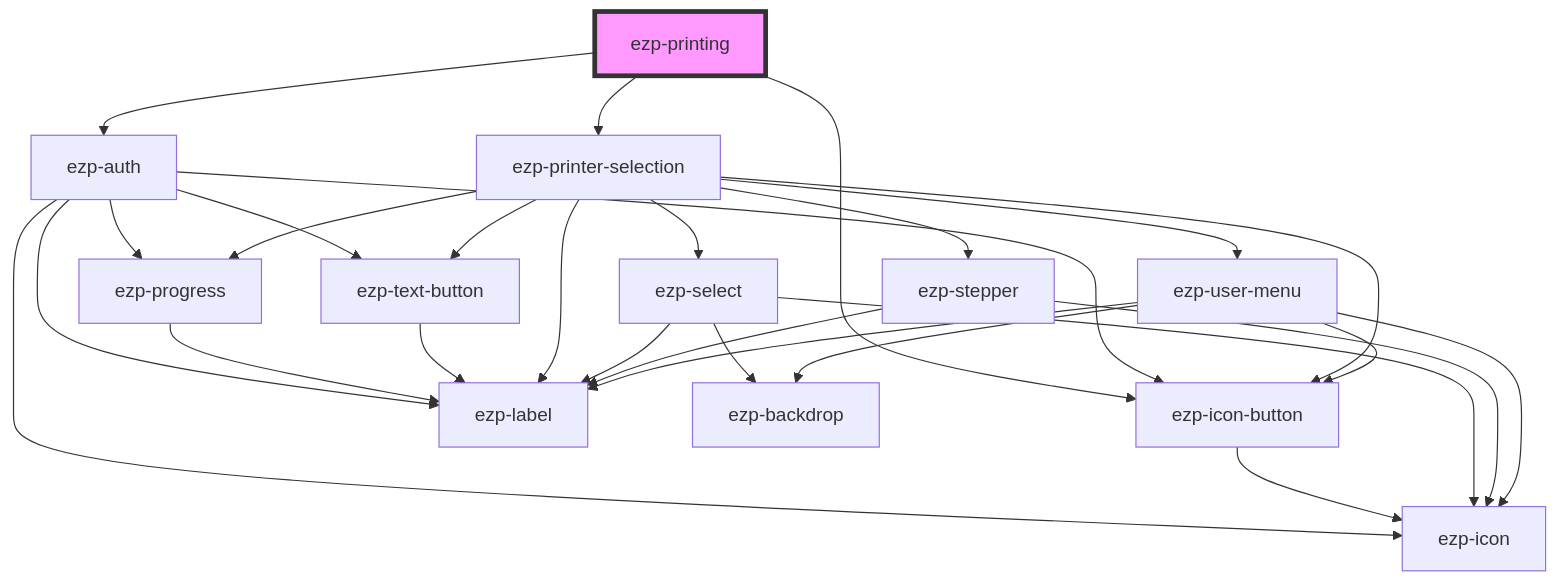
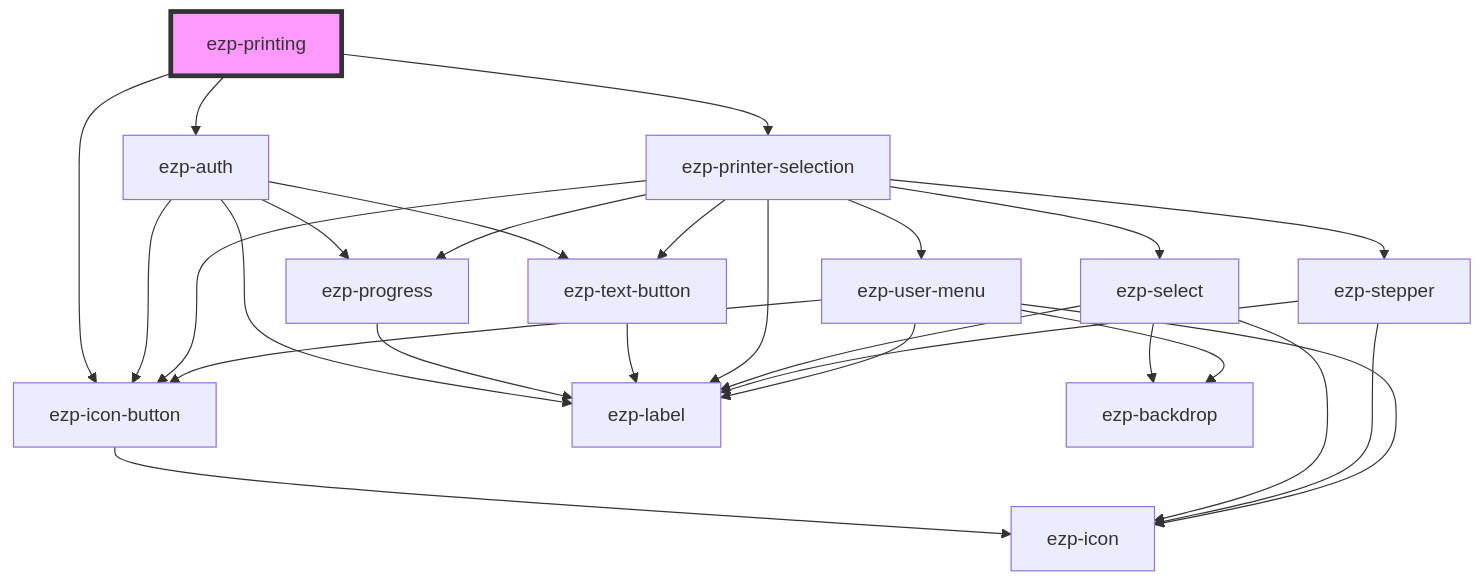
Before and after one commit to ezeep/ezeep-js: the diagram in src/components/ezp-printing/readme.md, drawn with Mermaid. The commit also changed 41 other files, not shown here.

````diff
--- a/src/components/ezp-printing/readme.md
+++ b/src/components/ezp-printing/readme.md
@@ -39,31 +39,30 @@
 ```mermaid
 graph TD;
   ezp-printing --> ezp-auth
   ezp-printing --> ezp-printer-selection
   ezp-printing --> ezp-icon-button
   ezp-auth --> ezp-progress
   ezp-auth --> ezp-icon-button
-  ezp-auth --> ezp-icon
   ezp-auth --> ezp-label
   ezp-auth --> ezp-text-button
   ezp-progress --> ezp-label
   ezp-icon-button --> ezp-icon
   ezp-text-button --> ezp-label
   ezp-printer-selection --> ezp-progress
   ezp-printer-selection --> ezp-label
   ezp-printer-selection --> ezp-icon-button
   ezp-printer-selection --> ezp-select
   ezp-printer-selection --> ezp-stepper
   ezp-printer-selection --> ezp-text-button
   ezp-printer-selection --> ezp-user-menu
   ezp-select --> ezp-backdrop
   ezp-select --> ezp-icon
   ezp-select --> ezp-label
+  ezp-stepper --> ezp-icon
   ezp-stepper --> ezp-label
-  ezp-stepper --> ezp-icon
   ezp-user-menu --> ezp-backdrop
   ezp-user-menu --> ezp-label
   ezp-user-menu --> ezp-icon-button
   ezp-user-menu --> ezp-icon
   style ezp-printing fill:#f9f,stroke:#333,stroke-width:4px
 ```
````
